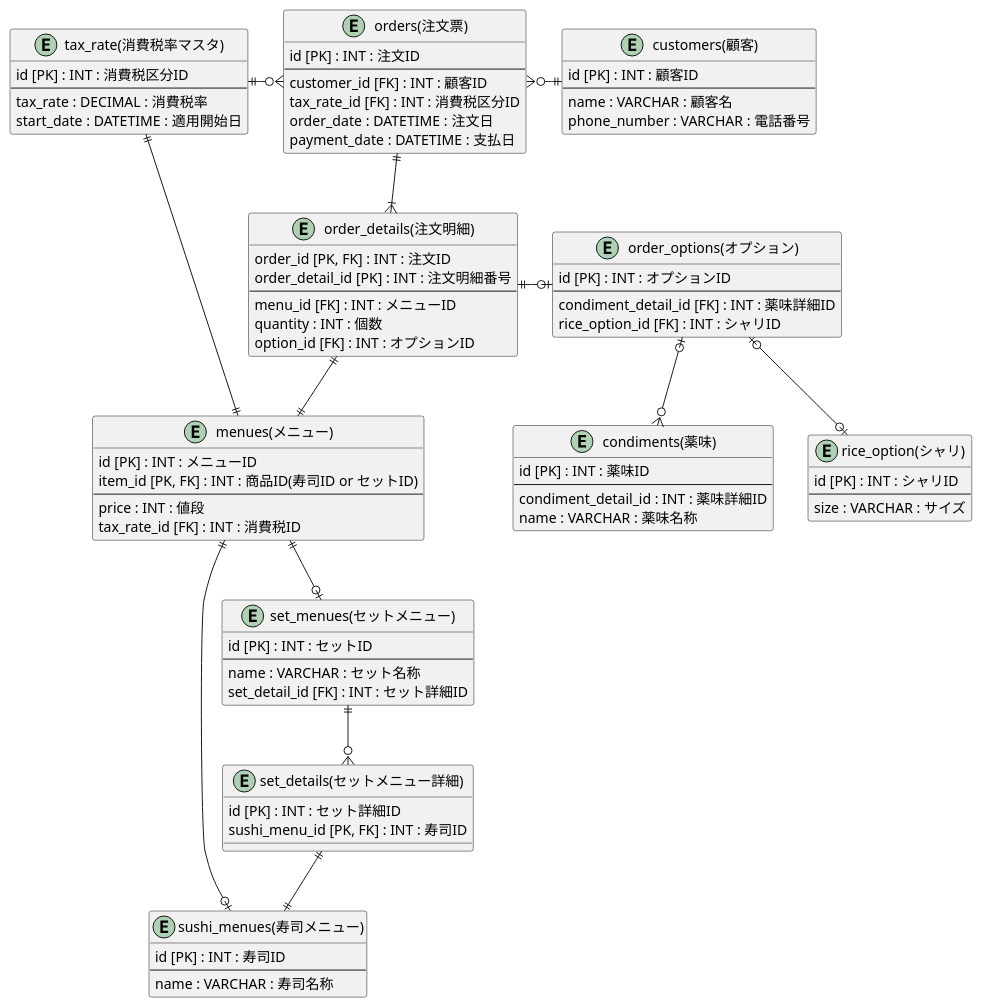
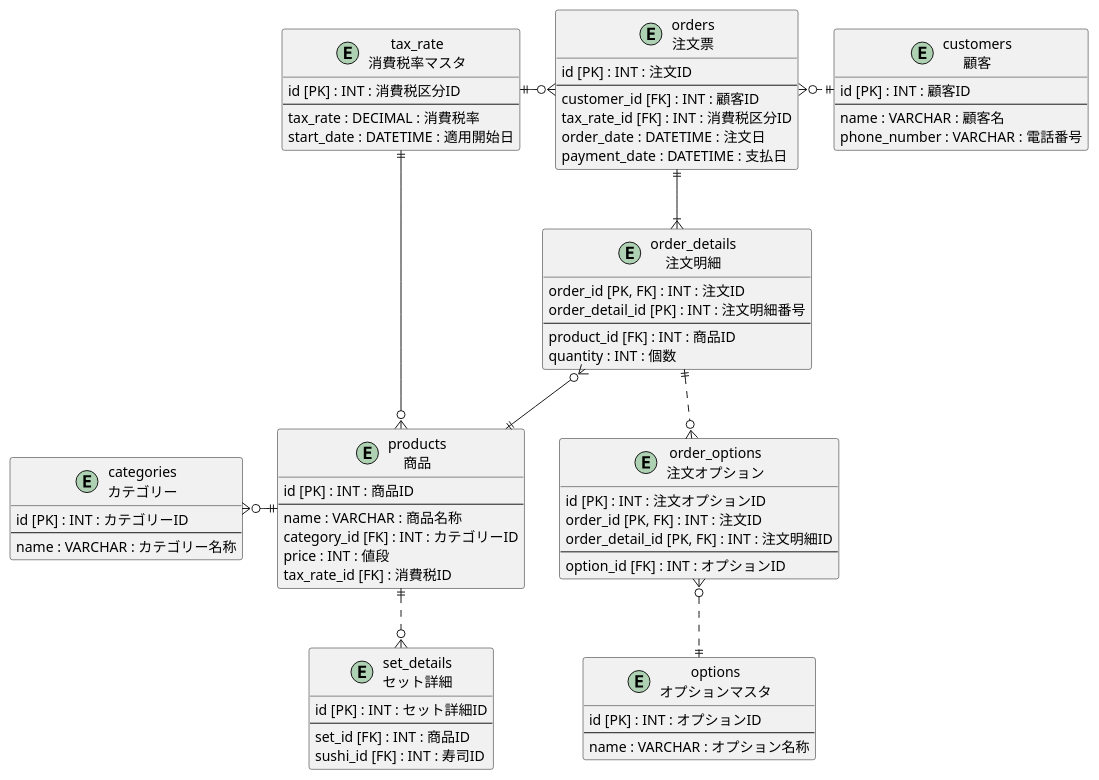
The diagram in I84PdeRyF2ApGF/db_modeling01/task_02/db_modeling02.pu (praha-inc/praha-challenge-7), drawn with PlantUML before and after one commit.

Commit message:
[Update]er-diagram

```diff
--- a/I84PdeRyF2ApGF/db_modeling01/task_02/db_modeling02.pu
+++ b/I84PdeRyF2ApGF/db_modeling01/task_02/db_modeling02.pu
@@ -1,106 +1,142 @@
 @startuml dbModeling1
-    Entity "menues(メニュー)" as menues {
-        id [PK] : INT : メニューID
-        item_id [PK, FK] : INT : 商品ID(寿司ID or セットID)
-        --
-        price : INT : 値段
-        tax_rate_id [FK] : INT : 消費税ID
-    }
+    ' Entity "menues\nメニュー" as menues {
+    '     id [PK] : INT : メニューID
+    '     item_id [PK, FK] : INT : 商品ID(寿司ID or セットID)
+    '     --
+    '     price : INT : 値段
+    '     tax_rate_id [FK] : INT : 消費税ID
+    ' }
 
-    Entity "sushi_menues(寿司メニュー)" as sushi_menues {
-        id [PK] : INT : 寿司ID
-        --
-        name : VARCHAR : 寿司名称
-    }
+    ' Entity "sushi_menues\n寿司メニュー" as sushi_menues {
+    '     id [PK] : INT : 寿司ID
+    '     --
+    '     name : VARCHAR : 寿司名称
+    ' }
 
-    Entity "set_menues(セットメニュー)" as set_menues {
-        id [PK] : INT : セットID
-        --
-        name : VARCHAR : セット名称
-        set_detail_id [FK] : INT : セット詳細ID
-    }
+    ' Entity "set_menues\nセットメニュー" as set_menues {
+    '     id [PK] : INT : セットID
+    '     --
+    '     name : VARCHAR : セット名称
+    '     set_detail_id [FK] : INT : セット詳細ID
+    ' }
 
-    Entity "set_details(セットメニュー詳細)" as set_details {
-        id [PK] : INT : セット詳細ID
-        sushi_menu_id [PK, FK] : INT : 寿司ID
-    }
+    ' Entity "set_details\nセットメニュー詳細" as set_details {
+    '     id [PK] : INT : セット詳細ID
+    '     sushi_menu_id [PK, FK] : INT : 寿司ID
+    ' }
 
-    Entity "tax_rate(消費税率マスタ)" as tax_rate{
+    Entity "tax_rate\n消費税率マスタ" as tax_rate{
         id [PK] : INT : 消費税区分ID
         --
         tax_rate : DECIMAL : 消費税率
         start_date : DATETIME : 適用開始日
     }
 
-    Entity "customers(顧客)" as customers {
+    Entity "customers\n顧客" as customers {
         id [PK] : INT : 顧客ID
         --
         name : VARCHAR : 顧客名
         phone_number : VARCHAR : 電話番号
     }
 
-    Entity "orders(注文票)" as orders {
+    Entity "orders\n注文票" as orders {
         id [PK] : INT : 注文ID
         --
         customer_id [FK] : INT : 顧客ID
         tax_rate_id [FK] : INT : 消費税区分ID 
         order_date : DATETIME : 注文日
         payment_date : DATETIME : 支払日
     }
 
-    Entity "order_details(注文明細)" as order_details {
+    Entity "order_details\n注文明細" as order_details {
         order_id [PK, FK] : INT : 注文ID 
         order_detail_id [PK] : INT : 注文明細番号 
         --
-        menu_id [FK] : INT : メニューID
+        product_id [FK] : INT : 商品ID
         quantity : INT : 個数
+        ' option_id [FK] : INT : オプションID
+    }
+
+    Entity "order_options\n注文オプション" as options {
+        id [PK] : INT : 注文オプションID
+        order_id [PK, FK] : INT : 注文ID
+        order_detail_id [PK, FK] : INT : 注文明細ID
+        --
         option_id [FK] : INT : オプションID
     }
 
-    Entity "order_options(オプション)" as options {
+    Entity "options\nオプションマスタ" as om{
         id [PK] : INT : オプションID
         --
-        condiment_detail_id [FK] : INT : 薬味詳細ID
-        rice_option_id [FK] : INT : シャリID
+        name : VARCHAR : オプション名称
     }
 
-    Entity "condiments(薬味)" as condiments{
-        id [PK] : INT : 薬味ID
+    ' Entity "condiments\n薬味" as condiments{
+    '     id [PK] : INT : 薬味ID
+    '     --
+    '     condiment_detail_id : INT : 薬味詳細ID
+    '     name : VARCHAR : 薬味名称
+    ' }
+
+    ' Entity "rice_option\nシャリ" as rice{
+    '     id [PK] : INT : シャリID
+    '     --
+    '     size : VARCHAR : サイズ
+    ' }
+
+    Entity "products\n商品" as p{
+        id [PK] : INT : 商品ID
         --
-        condiment_detail_id : INT : 薬味詳細ID
-        name : VARCHAR : 薬味名称
+        name : VARCHAR : 商品名称
+        category_id [FK] : INT : カテゴリーID
+        price : INT : 値段
+        tax_rate_id [FK] : 消費税ID
     }
 
-    Entity "rice_option(シャリ)" as rice{
-        id [PK] : INT : シャリID
+    Entity "set_details\nセット詳細" as s_d{
+        id [PK] : INT : セット詳細ID
         --
-        size : VARCHAR : サイズ
+        set_id [FK] : INT : 商品ID
+        sushi_id [FK] : INT : 寿司ID
     }
 
-    orders }o-r-|| customers
+    Entity "categories\nカテゴリー" as c {
+        id [PK] : INT : カテゴリーID
+        --
+        name : VARCHAR : カテゴリー名称
+    }
+
+    orders }o..r..|| customers
     orders ||-d-|{ order_details
     orders }o-l-|| tax_rate
-    order_details  ||--|| menues
-    menues ||--o| sushi_menues
-    menues ||--o| set_menues
-    set_menues ||--o{ set_details
-    set_details ||--|| sushi_menues
-    tax_rate ||--|| menues
-    order_details ||-r-o| options
-    options |o--o{ condiments
-    options |o--o| rice
+    order_details }o--|| p
+    tax_rate ||--o{ p
+    p ||-l-o{ c
+    p ||..o{ s_d
+    order_details ||..o{ options
+    options }o..|| om
+    ' order_details  ||--|| menues
+    ' menues ||--o| sushi_menues
+    ' menues ||--o| set_menues
+    ' set_menues ||--o{ set_details
+    ' set_details ||--|| sushi_menues
+    ' tax_rate ||--|| menues
+    ' order_details ||-r-o| options
+    ' options |o--o{ condiments
+    ' options |o--o| rice
 
+    
     ' * 主キー
     ' + 外部キー
     ' カラム名 : 型 : 説明
 
     ' 1対０また1
     ' A ||--o| B
     ' 1対1
     ' A ||--|| B
     ' 1対0以上
     ' A ||--o{ B
     ' 1対1以上
     ' A ||--|{ B
 
 @enduml
```
